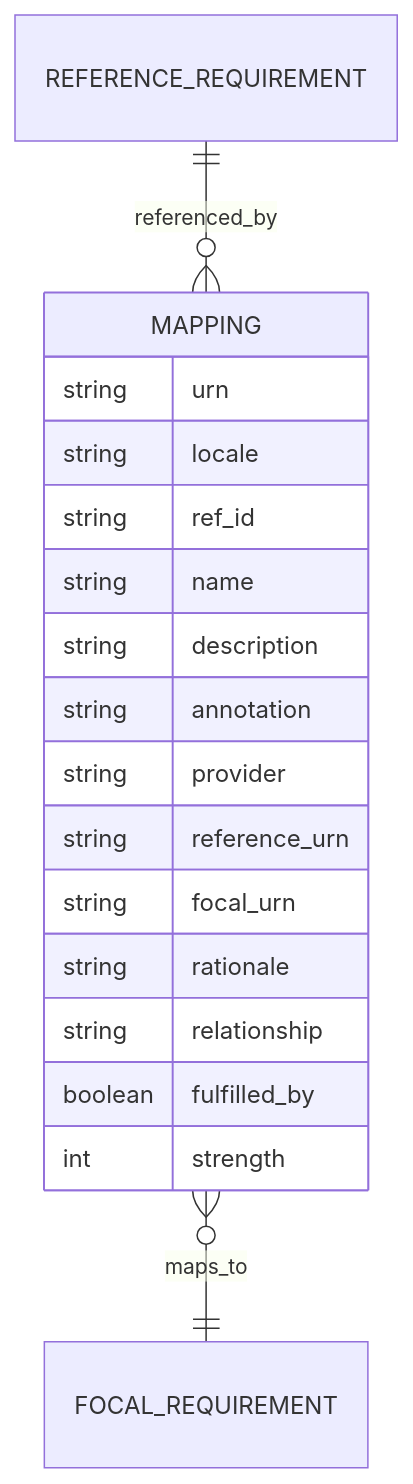
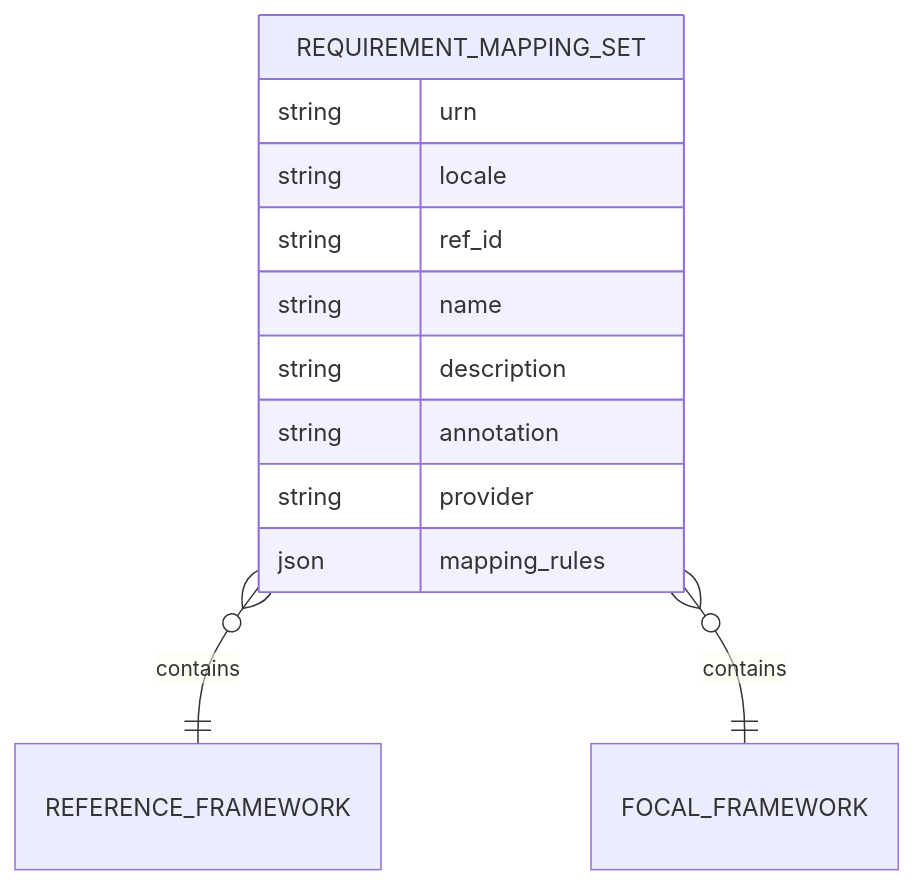
Before and after one commit to intuitem/ciso-assistant-community: the fifth of 7 diagrams in documentation/architecture/data-model.md, drawn with Mermaid. The commit also changed other lines of this file, not shown here.

````diff
--- a/documentation/architecture/data-model.md
+++ b/documentation/architecture/data-model.md
@@ -304,24 +305,19 @@
 ```mermaid
 erDiagram
-    REFERENCE_REQUIREMENT ||--o{ MAPPING          : referenced_by
-    MAPPING               }o--|| FOCAL_REQUIREMENT: maps_to
+    REQUIREMENT_MAPPING_SET   }o--|| REFERENCE_FRAMEWORK : contains
+    REQUIREMENT_MAPPING_SET   }o--|| FOCAL_FRAMEWORK     : contains
 
-    MAPPING {
-        string  urn
-        string  locale
-        string  ref_id
-        string  name
-        string  description
-        string  annotation
-        string  provider
+    REQUIREMENT_MAPPING_SET {
+        string    urn
+        string    locale
+        string    ref_id
+        string    name
+        string    description
+        string    annotation
+        string    provider
 
-        string  reference_urn
-        string  focal_urn
-        string  rationale
-        string  relationship
-        boolean fulfilled_by
-        int     strength
+        json      mapping_rules
     }
 
 
 ```
````
